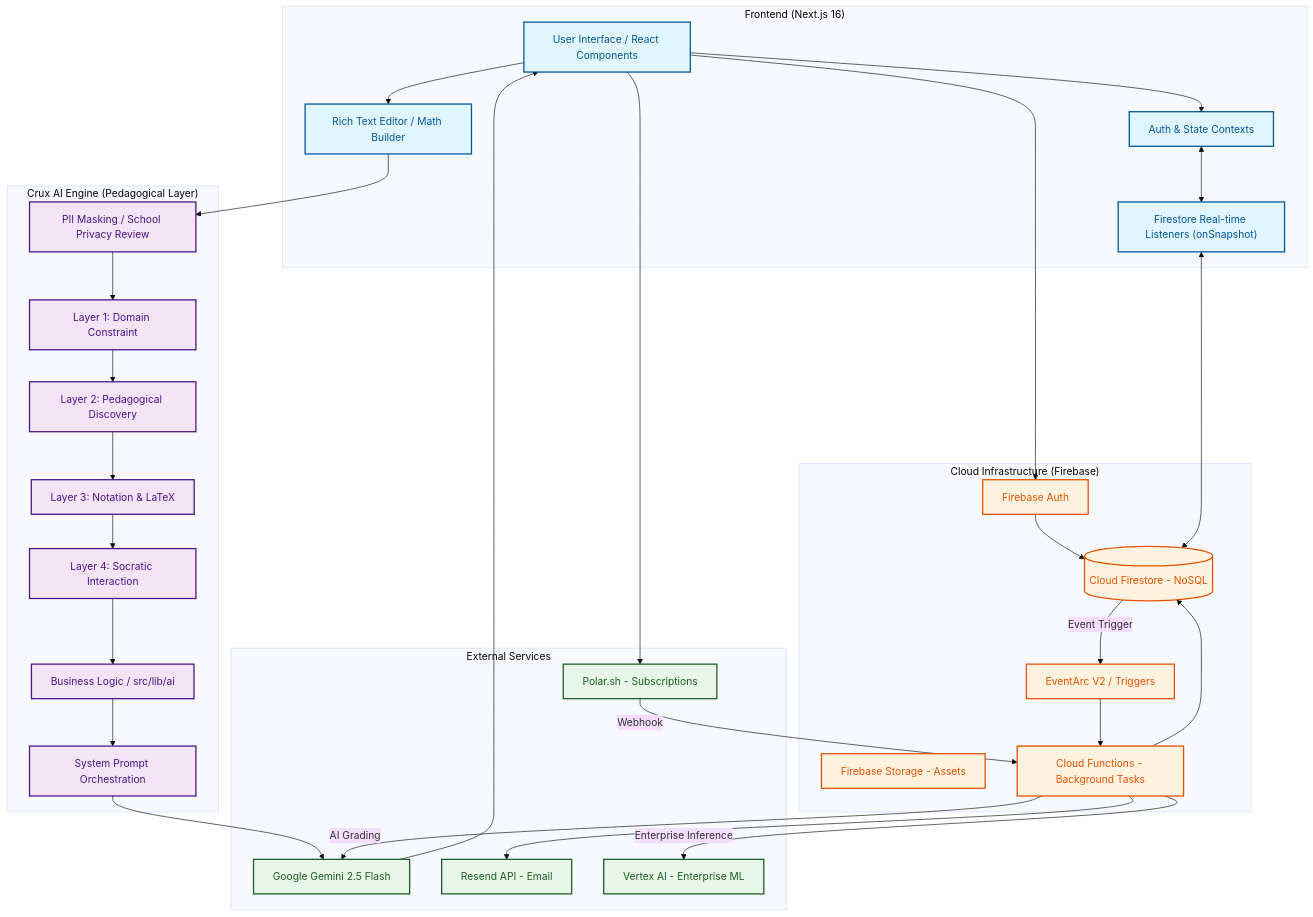
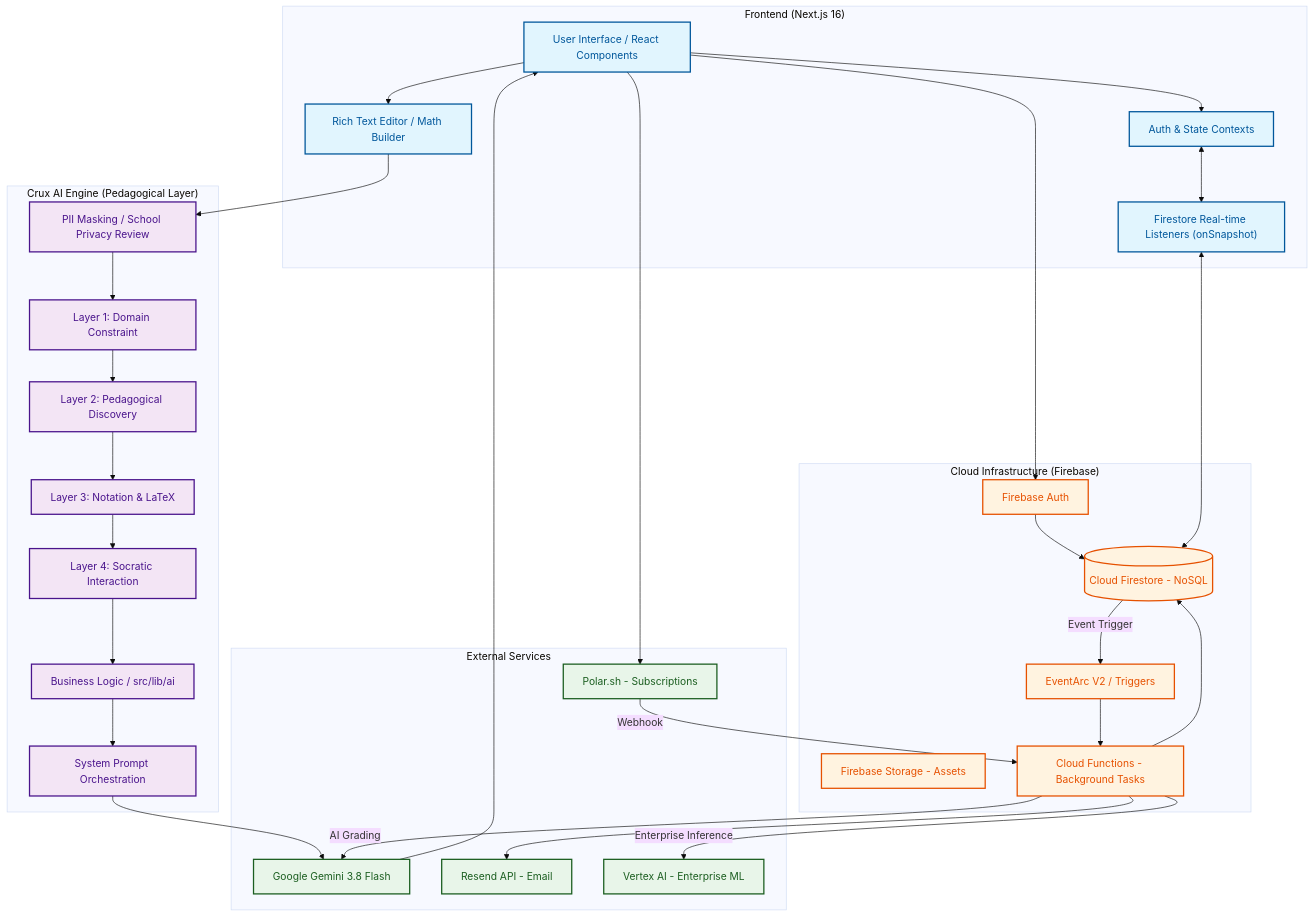
One commit to RushilMahadevu/scorpio changed the diagram in README.md. Above: the diagram before and after it, drawn with Mermaid (base theme). The commit also changed other lines of this file and 23 other files, not shown here.

Commit message:
feat(billing): migrate to Gemini 3.8 Flash, clean network billing & update landing pricing to /mo flat + at-cost metering

````diff
--- a/README.md
+++ b/README.md
@@ -23,67 +23,67 @@
 ```mermaid
 graph TD
     classDef client fill:#e1f5fe,stroke:#01579b,stroke-width:2px,color:#01579b;
     classDef crux fill:#f3e5f5,stroke:#4a148c,stroke-width:2px,color:#4a148c;
     classDef backend fill:#fff3e0,stroke:#e65100,stroke-width:2px,color:#e65100;
     classDef external fill:#e8f5e9,stroke:#1b5e20,stroke-width:2px,color:#1b5e20;
 
     subgraph Client ["Frontend (Next.js 16)"]
         UI[User Interface / React Components]:::client
         Editor[Rich Text Editor / Math Builder]:::client
         Context[Auth & State Contexts]:::client
         Listen["Firestore Real-time Listeners (onSnapshot)"]:::client
     end
 
     subgraph Crux ["Crux AI Engine (Pedagogical Layer)"]
         Sanitize[PII Masking / School Privacy Review]:::crux
         Layer1[Layer 1: Domain Constraint]:::crux
         Layer2[Layer 2: Pedagogical Discovery]:::crux
         Layer3[Layer 3: Notation & LaTeX]:::crux
         Layer4[Layer 4: Socratic Interaction]:::crux
         Logic[Business Logic / src/lib/ai]:::crux
         Compose[System Prompt Orchestration]:::crux
     end
 
     subgraph Backend ["Cloud Infrastructure (Firebase)"]
         Auth[Firebase Auth]:::backend
         Firestore[(Cloud Firestore - NoSQL)]:::backend
         Storage[Firebase Storage - Assets]:::backend
         Functions[Cloud Functions - Background Tasks]:::backend
         Event["EventArc V2 / Triggers"]:::backend
     end
 
     subgraph External ["External Services"]
-        Gemini[Google Gemini 2.5 Flash]:::external
+        Gemini[Google Gemini 3.8 Flash]:::external
         Polar[Polar.sh - Subscriptions]:::external
         Resend[Resend API - Email]:::external
         Vertex[Vertex AI - Enterprise ML]:::external
     end
 
     %% Interactions
     UI --> Editor
     Editor --> Sanitize
     Sanitize --> Layer1
     Layer1 --> Layer2
     Layer2 --> Layer3
     Layer3 --> Layer4
     Layer4 --> Logic
     Logic --> Compose
     Compose --> Gemini
     Gemini --> UI
 
     UI --> Auth
     Auth --> Firestore
     UI --> Context
     Context <--> Listen
     Listen <--> Firestore
 
     Firestore -- "Event Trigger" --> Event
     Event --> Functions
     Functions --> Resend
     Functions -- "AI Grading" --> Gemini
     Functions -- "Enterprise Inference" --> Vertex
     
     UI --> Polar
     Polar -- "Webhook" --> Functions
     Functions --> Firestore
 ```
````
